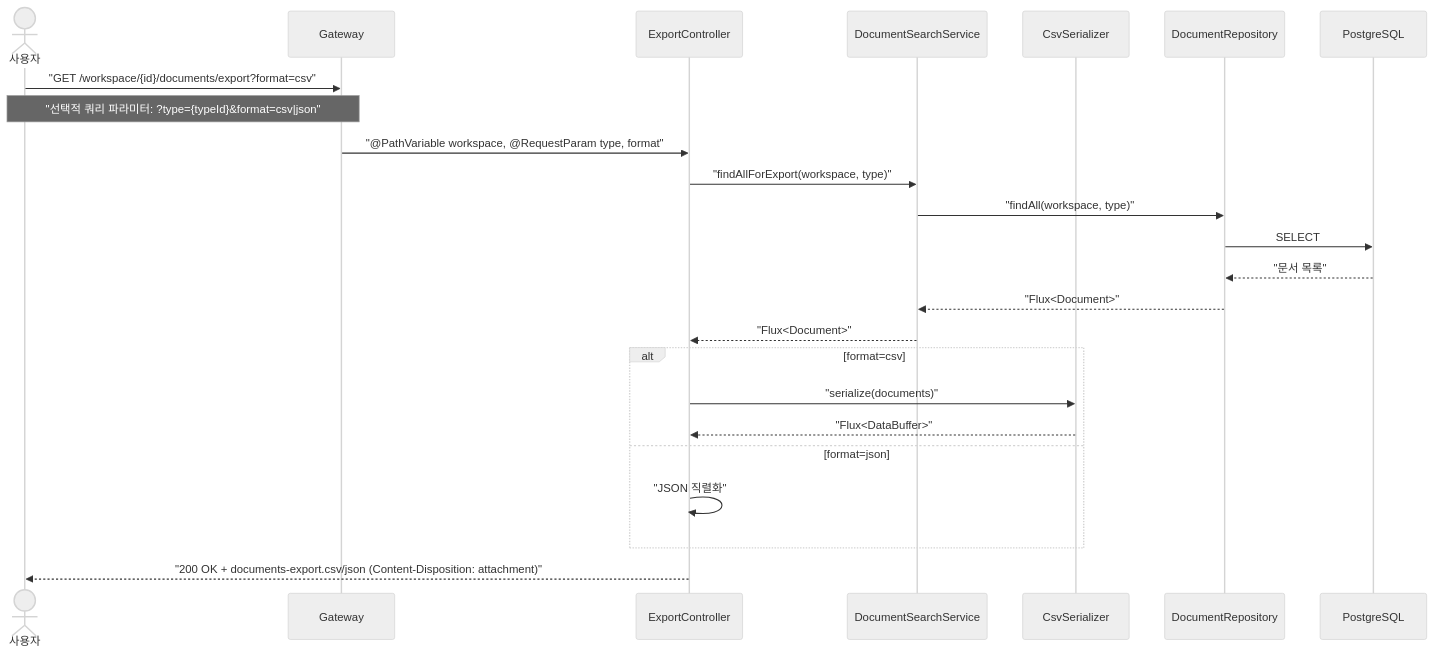
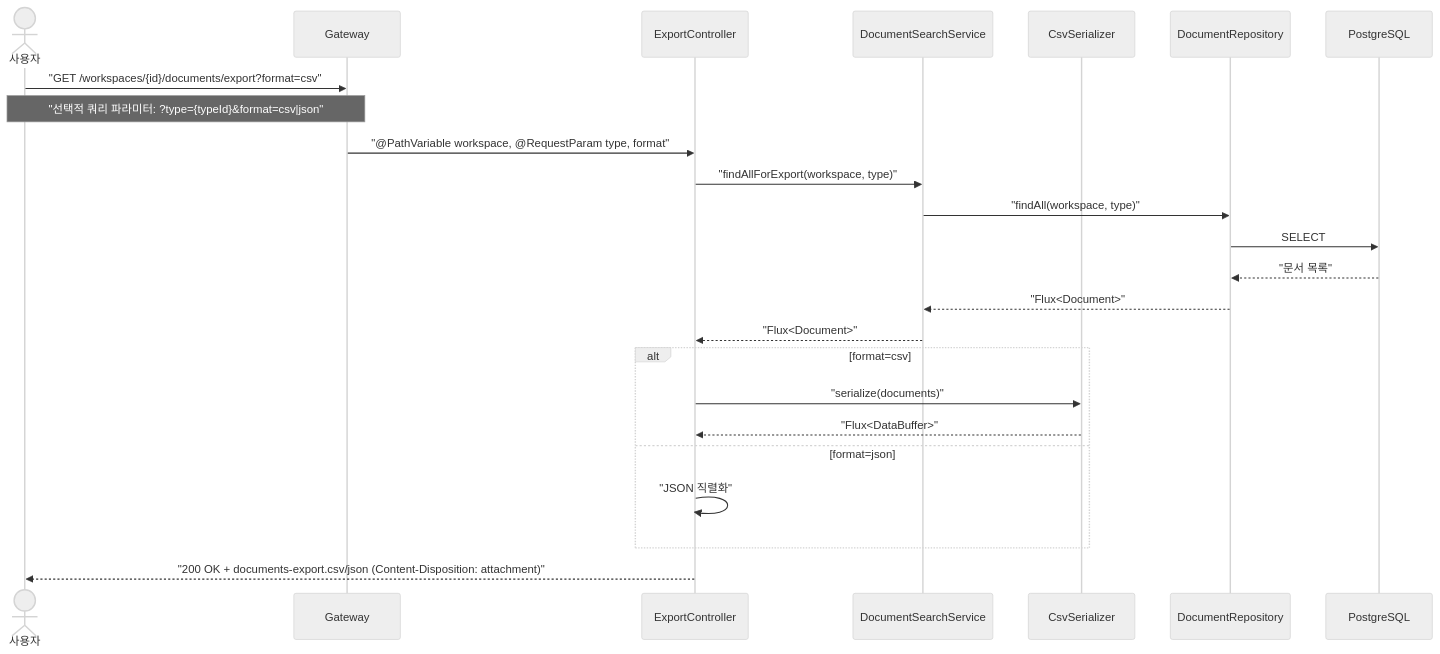
Before and after one commit to sayaya1090/handbook: diagram 14 of 28 in docs/usecases.md, drawn with Mermaid (neutral theme). The commit also changed other lines of this file and 58 other files, not shown here.

````diff
--- a/docs/usecases.md
+++ b/docs/usecases.md
@@ -1054,27 +1054,27 @@
 ```mermaid
 sequenceDiagram
     actor U as 사용자
     participant GW as Gateway
     participant Ctrl as ExportController
     participant Svc as DocumentSearchService
     participant Csv as CsvSerializer
     participant Repo as DocumentRepository
     participant DB as PostgreSQL
 
-    U->>GW: "GET /workspace/{id}/documents/export?format=csv"
+    U->>GW: "GET /workspaces/{id}/documents/export?format=csv"
     Note over U,GW: "선택적 쿼리 파라미터: ?type={typeId}&format=csv|json"
     GW->>Ctrl: "@PathVariable workspace, @RequestParam type, format"
     Ctrl->>Svc: "findAllForExport(workspace, type)"
     Svc->>Repo: "findAll(workspace, type)"
     Repo->>DB: SELECT
     DB-->>Repo: "문서 목록"
     Repo-->>Svc: "Flux<Document>"
     Svc-->>Ctrl: "Flux<Document>"
     alt format=csv
         Ctrl->>Csv: "serialize(documents)"
         Csv-->>Ctrl: "Flux<DataBuffer>"
     else format=json
         Ctrl->>Ctrl: "JSON 직렬화"
     end
     Ctrl-->>U: "200 OK + documents-export.csv/json (Content-Disposition: attachment)"
 ```
````
